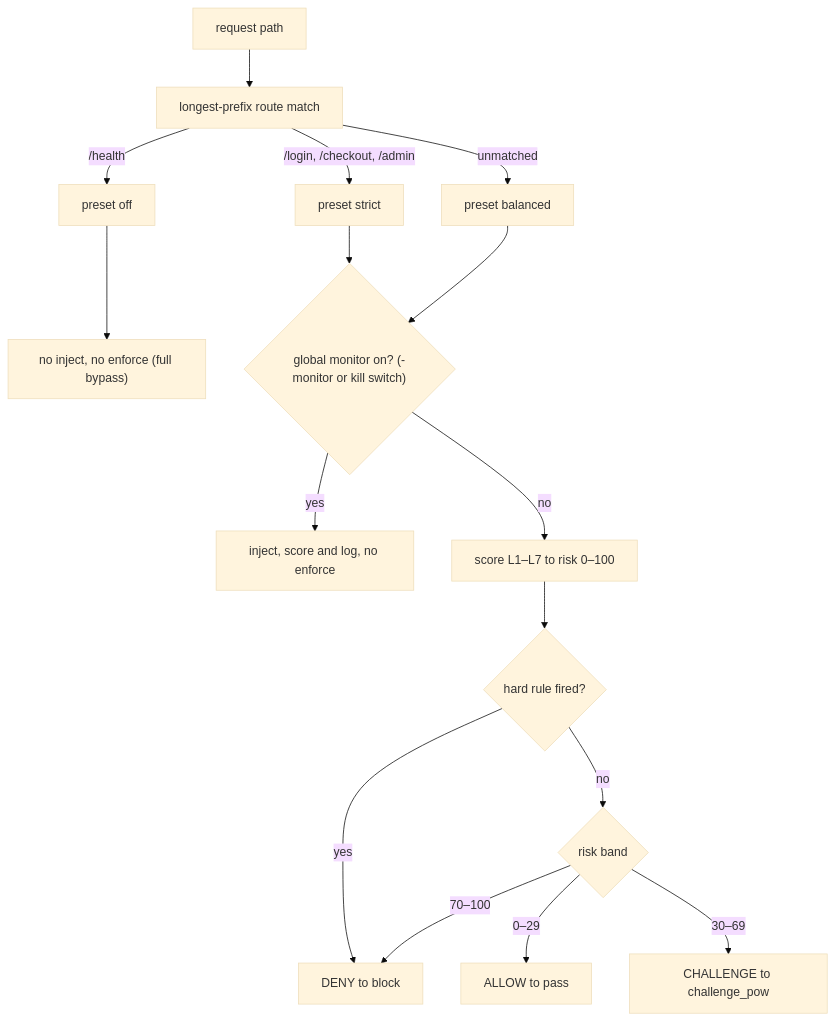
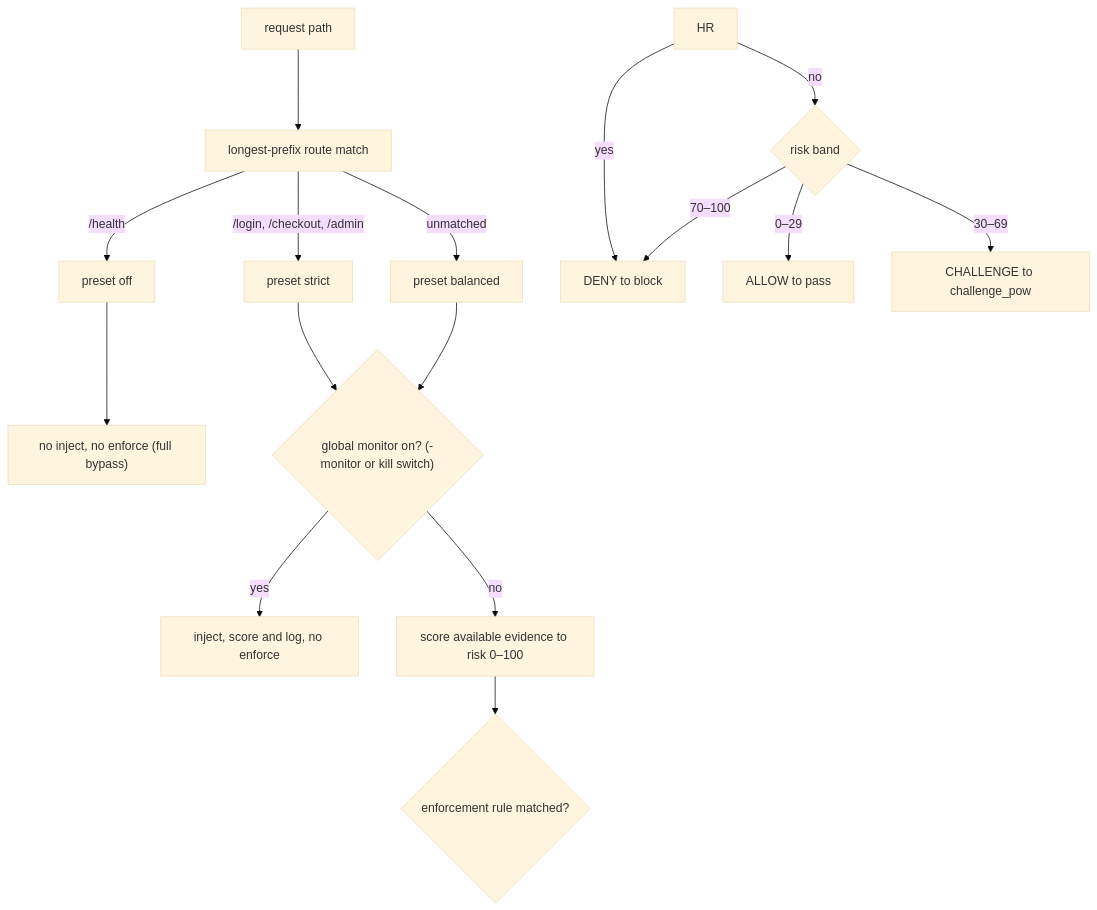
The diagram in docs/reference/cli-config-policy.md (modootoday/humanymous), drawn with Mermaid (base theme) before and after one commit. The commit also changed other lines of this file and 62 other files, not shown here.

````diff
--- a/docs/reference/cli-config-policy.md
+++ b/docs/reference/cli-config-policy.md
@@ -128,18 +128,18 @@
 ```mermaid
 flowchart TD
   A["request path"] --> B["longest-prefix route match"]
   B -->|"/login, /checkout, /admin"| P1["preset strict"]
   B -->|"/health"| P0["preset off"]
   B -->|"unmatched"| P2["preset balanced"]
   P0 --> BYP["no inject, no enforce (full bypass)"]
   P1 --> GM{"global monitor on? (-monitor or kill switch)"}
   P2 --> GM
   GM -->|"yes"| MON["inject, score and log, no enforce"]
-  GM -->|"no"| SC["score L1–L7 to risk 0–100"]
-  SC --> HR{"hard rule fired?"}
+  GM -->|"no"| SC["score available evidence to risk 0–100"]
+  SC --> Rule{"enforcement rule matched?"}
   HR -->|"yes"| DN["DENY to block"]
   HR -->|"no"| VB{"risk band"}
   VB -->|"0–29"| AL["ALLOW to pass"]
   VB -->|"30–69"| CHV["CHALLENGE to challenge_pow"]
   VB -->|"70–100"| DN
 ```
````
